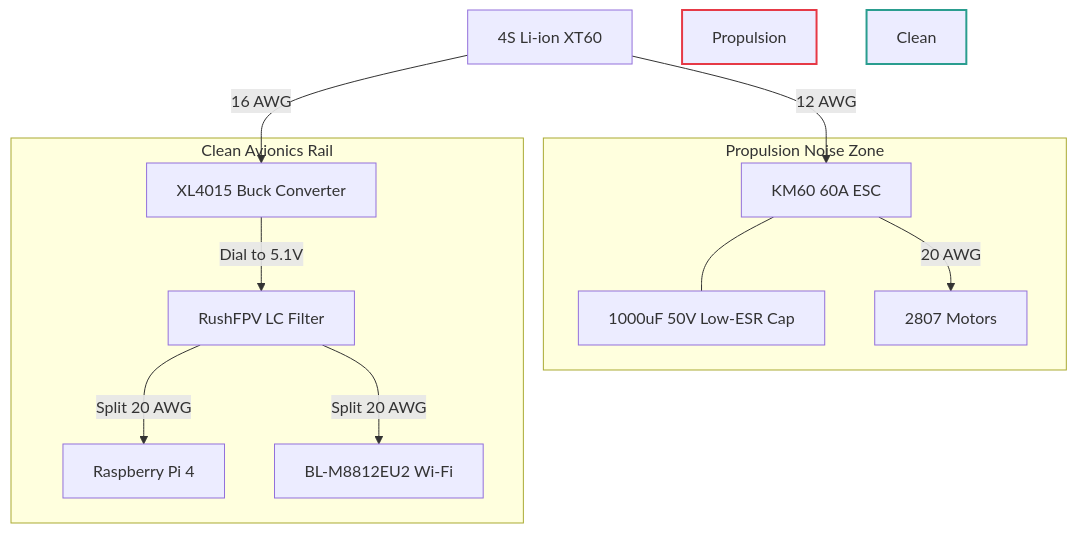
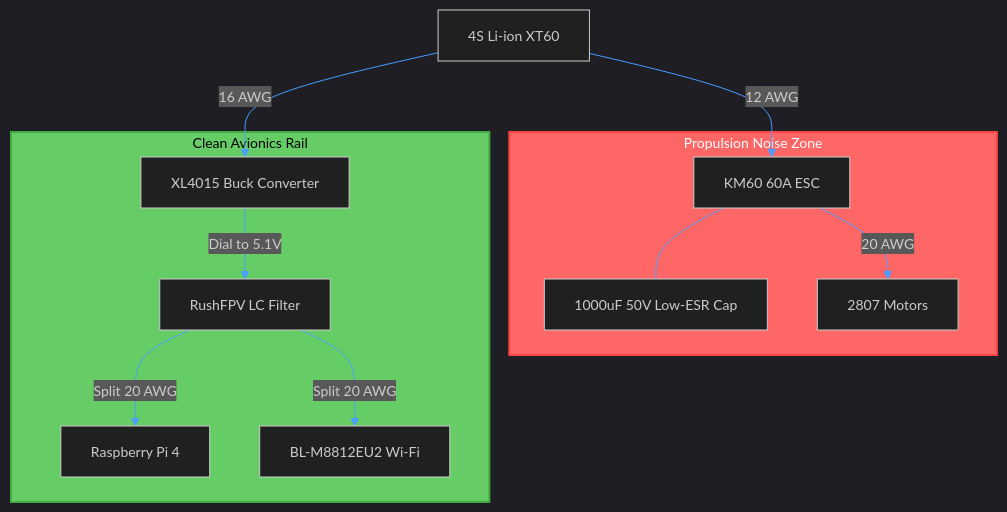
The second of 3 diagrams in docs/Assembly_and_Wiring_Guide.md (ironLegion88/Autonomous-UAV), drawn with Mermaid before and after one commit. The commit also changed 10 other files, not shown here.

Commit message:
docs: Improve Mermaid theming contrast

````diff
--- a/docs/Assembly_and_Wiring_Guide.md
+++ b/docs/Assembly_and_Wiring_Guide.md
@@ -54,19 +54,20 @@
 ```mermaid
+%%{init: {'theme': 'dark', 'themeVariables': {'fontSize': '14px', 'primaryColor': '#1e1e1e', 'primaryTextColor': '#ffffff', 'primaryBorderColor': '#4a9eff', 'lineColor': '#4a9eff'}, 'flowchart': {'useMaxWidth': true}}}%%
 flowchart TD
     BAT[4S Li-ion XT60] -->|12 AWG| ESC[KM60 60A ESC]
     BAT -->|16 AWG| BUCK[XL4015 Buck Converter]
     
-    subgraph Propulsion Noise Zone
+    subgraph Propulsion [Propulsion Noise Zone]
         ESC --- CAP[1000uF 50V Low-ESR Cap]
         ESC -->|20 AWG| M[2807 Motors]
     end
 
-    subgraph Clean Avionics Rail
+    subgraph Avionics [Clean Avionics Rail]
         BUCK -->|Dial to 5.1V| FILT[RushFPV LC Filter]
         FILT -->|Split 20 AWG| PI[Raspberry Pi 4]
         FILT -->|Split 20 AWG| WIFI[BL-M8812EU2 Wi-Fi]
     end
     
-    style Propulsion Noise Zone fill:#ffe6e6,stroke:#e63946,stroke-width:2px
-    style Clean Avionics Rail fill:#e6ffe6,stroke:#2a9d8f,stroke-width:2px
+    style Propulsion fill:#ff6666,stroke:#ff4444,stroke-width:2px,color:#ffffff
+    style Avionics fill:#66cc66,stroke:#44aa44,stroke-width:2px,color:#000000
 ```
````
